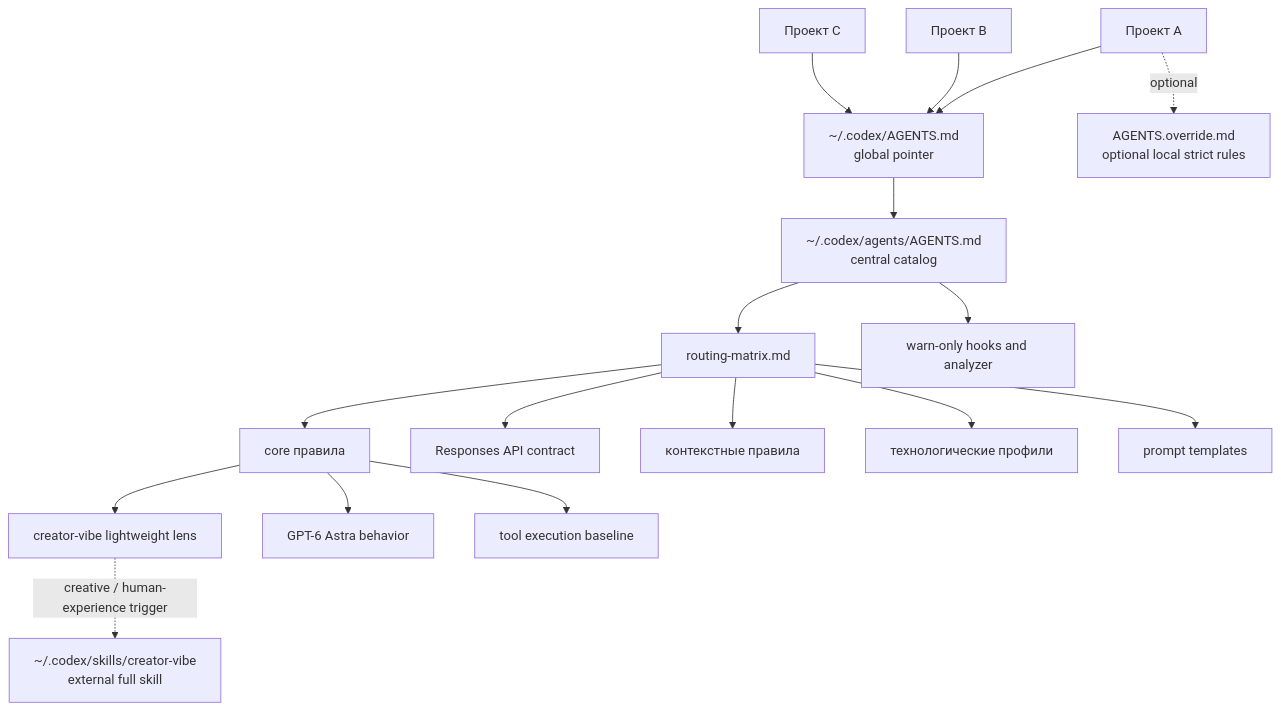
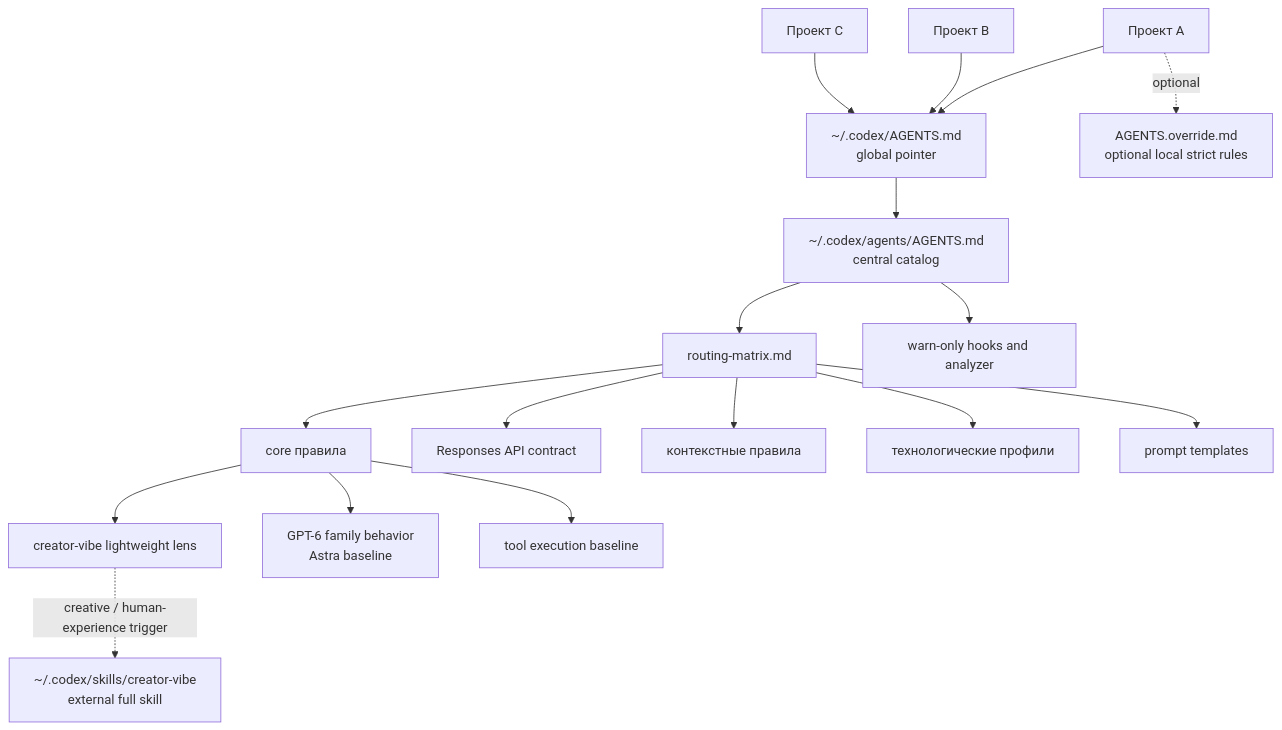
The diagram in README.md (Kibnet/Agents.md), drawn with Mermaid before and after one commit. The commit also changed other lines of this file and 39 other files, not shown here.

First line of the commit message:
feat(models): add GPT-6 family instruction contracts

````diff
--- a/README.md
+++ b/README.md
@@ -52,44 +52,44 @@
 ```mermaid
 flowchart TD
 
 CodexHome[~/.codex/AGENTS.md<br/>global pointer]
 Central[~/.codex/agents/AGENTS.md<br/>central catalog]
 
 RepoA[Проект A]
 RepoB[Проект B]
 RepoC[Проект C]
 Override[AGENTS.override.md<br/>optional local strict rules]
 
 Router[routing-matrix.md]
 
 Core[core правила]
 CreatorVibe[creator-vibe lightweight lens]
-Model[GPT-6 Astra behavior]
+Model[GPT-6 family behavior<br/>Astra baseline]
 ToolExecution[tool execution baseline]
 Responses[Responses API contract]
 Contexts[контекстные правила]
 Profiles[технологические профили]
 Prompts[prompt templates]
 Operations[warn-only hooks and analyzer]
 ExternalSkill[~/.codex/skills/creator-vibe<br/>external full skill]
 
 CodexHome --> Central
 
 RepoA --> CodexHome
 RepoB --> CodexHome
 RepoC --> CodexHome
 RepoA -. optional .-> Override
 
 Central --> Router
 
 Router --> Core
 Core --> CreatorVibe
 Core --> Model
 Core --> ToolExecution
 CreatorVibe -. creative / human-experience trigger .-> ExternalSkill
 Router --> Responses
 Router --> Contexts
 Router --> Profiles
 Router --> Prompts
 Central --> Operations
 ```
````
